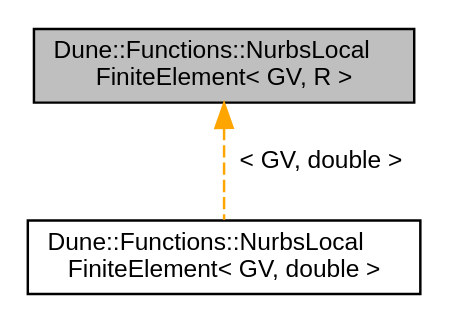
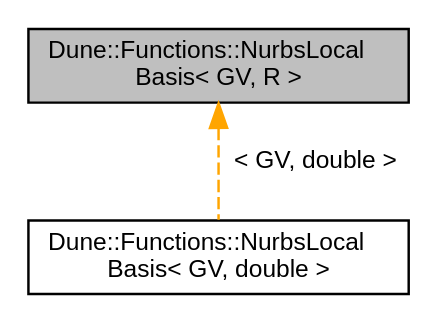
One commit to rath3t/dune-iga-doc changed the diagram in df/db8/a01317.dot. Above: the diagram before and after it, drawn with Graphviz. The commit also changed 1689 other files, not shown here.

```diff
--- a/df/db8/a01317.dot
+++ b/df/db8/a01317.dot
@@ -1,9 +1,9 @@
-digraph "Dune::Functions::NurbsLocalFiniteElement&lt; GV, R &gt;"
+digraph "Dune::Functions::NurbsLocalBasis&lt; GV, R &gt;"
 {
  // LATEX_PDF_SIZE
   edge [fontname="Helvetica",fontsize="10",labelfontname="Helvetica",labelfontsize="10"];
   node [fontname="Helvetica",fontsize="10",shape=record];
-  Node1 [label="Dune::Functions::NurbsLocal\lFiniteElement\< GV, R \>",height=0.2,width=0.4,color="black", fillcolor="grey75", style="filled", fontcolor="black",tooltip="LocalFiniteElement in the sense of dune-localfunctions, for the B-spline basis on tensor-product grid..."];
+  Node1 [label="Dune::Functions::NurbsLocal\lBasis\< GV, R \>",height=0.2,width=0.4,color="black", fillcolor="grey75", style="filled", fontcolor="black",tooltip="LocalBasis class in the sense of dune-localfunctions, presenting the restriction of a B-spline patch ..."];
   Node1 -> Node2 [dir="back",color="orange",fontsize="10",style="dashed",label=" \< GV, double \>" ,fontname="Helvetica"];
-  Node2 [label="Dune::Functions::NurbsLocal\lFiniteElement\< GV, double \>",height=0.2,width=0.4,color="black", fillcolor="white", style="filled",URL="$d6/dfa/a01318.html",tooltip=" "];
+  Node2 [label="Dune::Functions::NurbsLocal\lBasis\< GV, double \>",height=0.2,width=0.4,color="black", fillcolor="white", style="filled",URL="$d6/dfa/a01318.html",tooltip=" "];
 }
```
